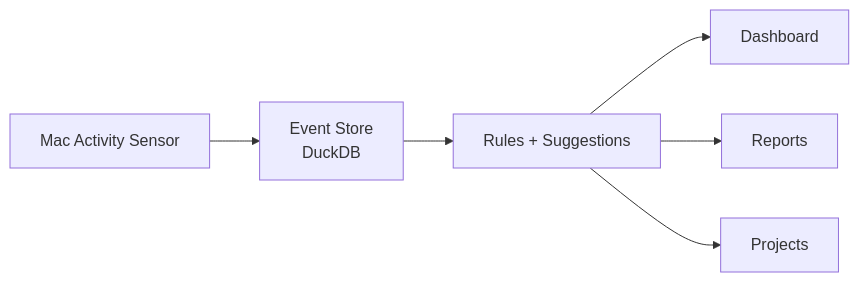
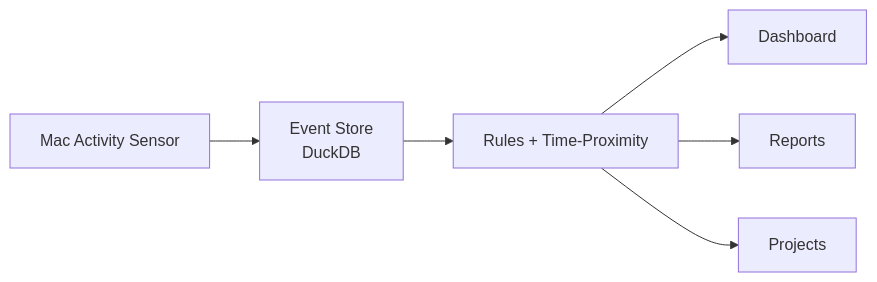
The first of 3 diagrams in internal/external/api/content/getting-started.md (AndersSpringborg/time-tracker), drawn with Mermaid before and after one commit. The commit also changed other lines of this file, not shown here.

Commit message:
docs: align getting started with rules and work-wifi flow

````diff
--- a/internal/external/api/content/getting-started.md
+++ b/internal/external/api/content/getting-started.md
@@ -25,8 +25,8 @@
 ```mermaid
 flowchart LR
     A[Mac Activity Sensor] --> B[Event Store<br/>DuckDB]
-    B --> C[Rules + Suggestions]
+    B --> C[Rules + Time-Proximity]
     C --> D[Dashboard]
     C --> E[Reports]
     C --> F[Projects]
 ```
````
